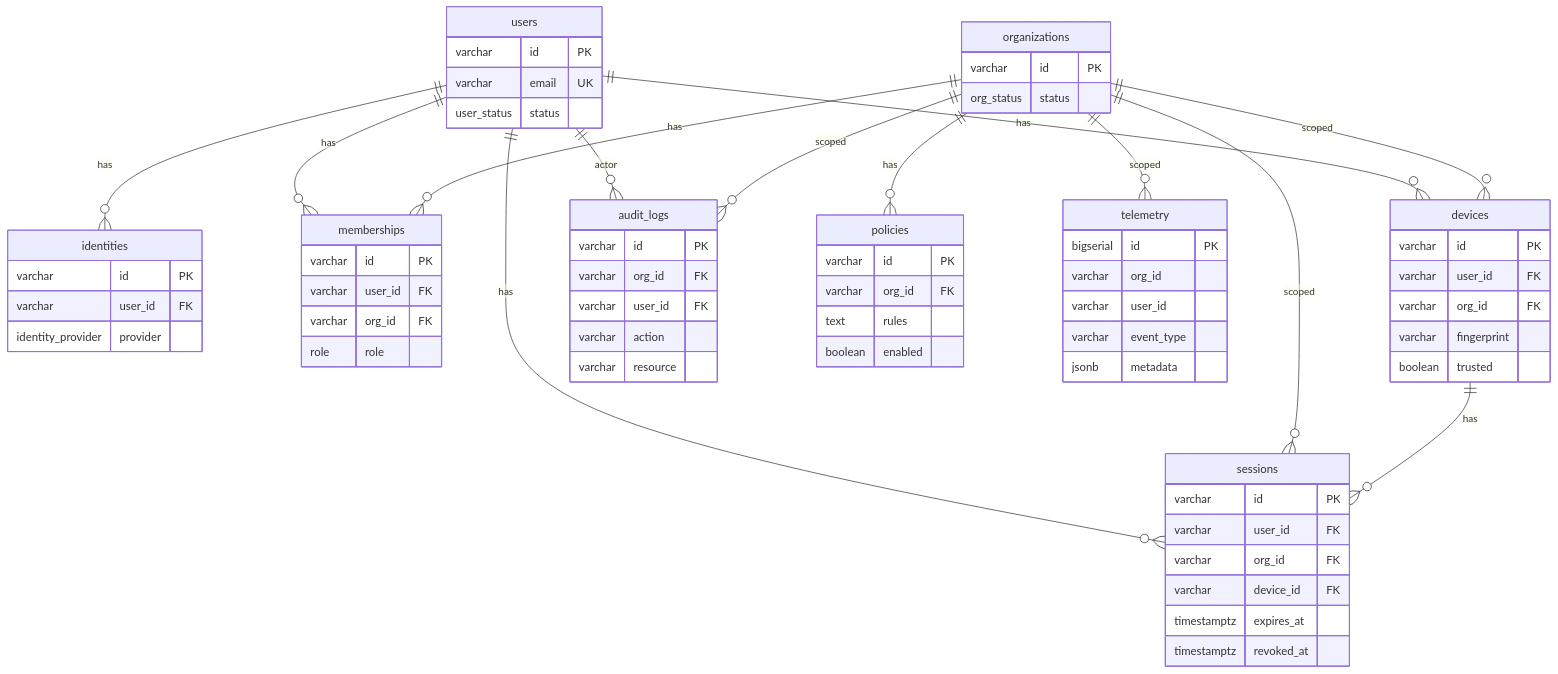
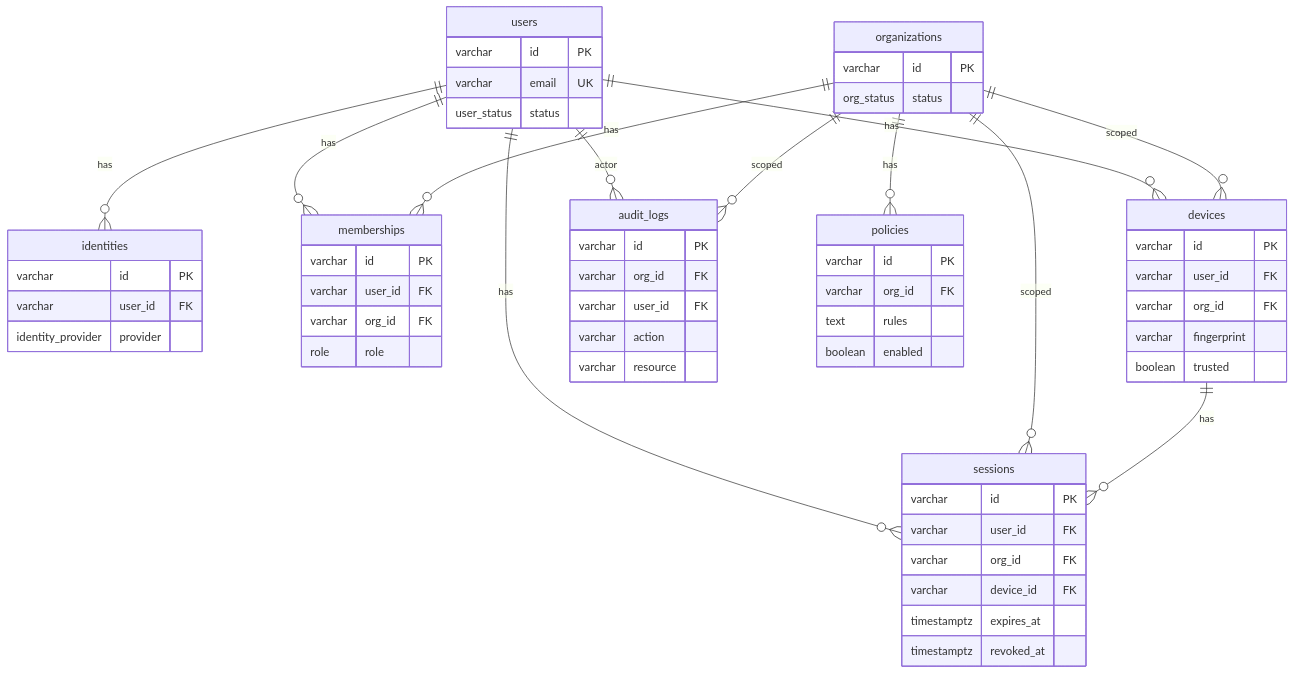
Before and after one commit to kamaljohnson/zero-trust-control-plane: the diagram in backend/docs/database.md, drawn with Mermaid. The commit also changed other lines of this file and 95 other files, not shown here.

````diff
--- a/backend/docs/database.md
+++ b/backend/docs/database.md
@@ -168,81 +150,72 @@
 ```mermaid
 erDiagram
     users ||--o{ identities : "has"
     users ||--o{ memberships : "has"
     users ||--o{ devices : "has"
     users ||--o{ sessions : "has"
     users ||--o{ audit_logs : "actor"
 
     organizations ||--o{ memberships : "has"
     organizations ||--o{ devices : "scoped"
     organizations ||--o{ sessions : "scoped"
     organizations ||--o{ policies : "has"
     organizations ||--o{ audit_logs : "scoped"
-    organizations ||--o{ telemetry : "scoped"
 
     devices ||--o{ sessions : "has"
 
     users {
         varchar id PK
         varchar email UK
         user_status status
     }
 
     organizations {
         varchar id PK
         org_status status
     }
 
     identities {
         varchar id PK
         varchar user_id FK
         identity_provider provider
     }
 
     memberships {
         varchar id PK
         varchar user_id FK
         varchar org_id FK
         role role
     }
 
     devices {
         varchar id PK
         varchar user_id FK
         varchar org_id FK
         varchar fingerprint
         boolean trusted
     }
 
     sessions {
         varchar id PK
         varchar user_id FK
         varchar org_id FK
         varchar device_id FK
         timestamptz expires_at
         timestamptz revoked_at
     }
 
     policies {
         varchar id PK
         varchar org_id FK
         text rules
         boolean enabled
     }
 
     audit_logs {
         varchar id PK
         varchar org_id FK
         varchar user_id FK
         varchar action
         varchar resource
     }
-
-    telemetry {
-        bigserial id PK
-        varchar org_id
-        varchar user_id
-        varchar event_type
-        jsonb metadata
-    }
 ```
````
